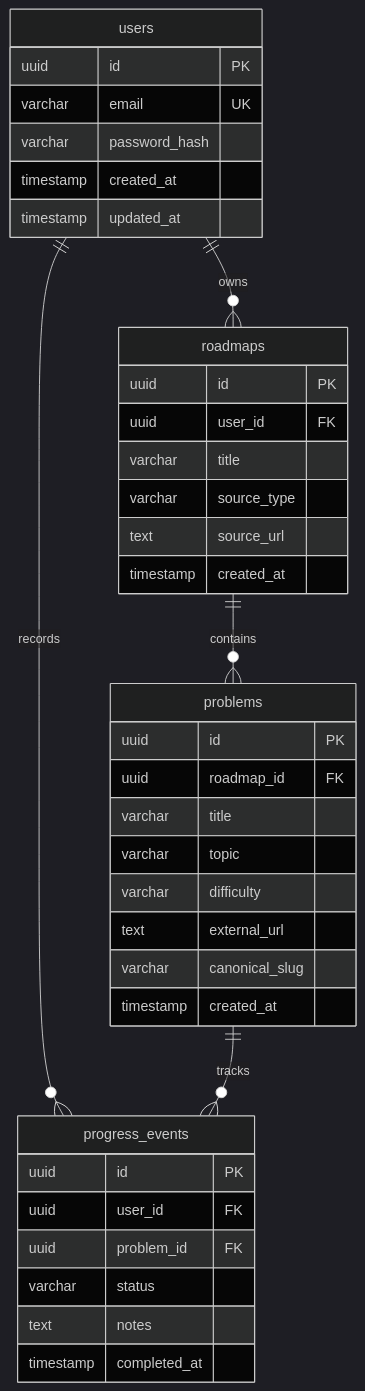
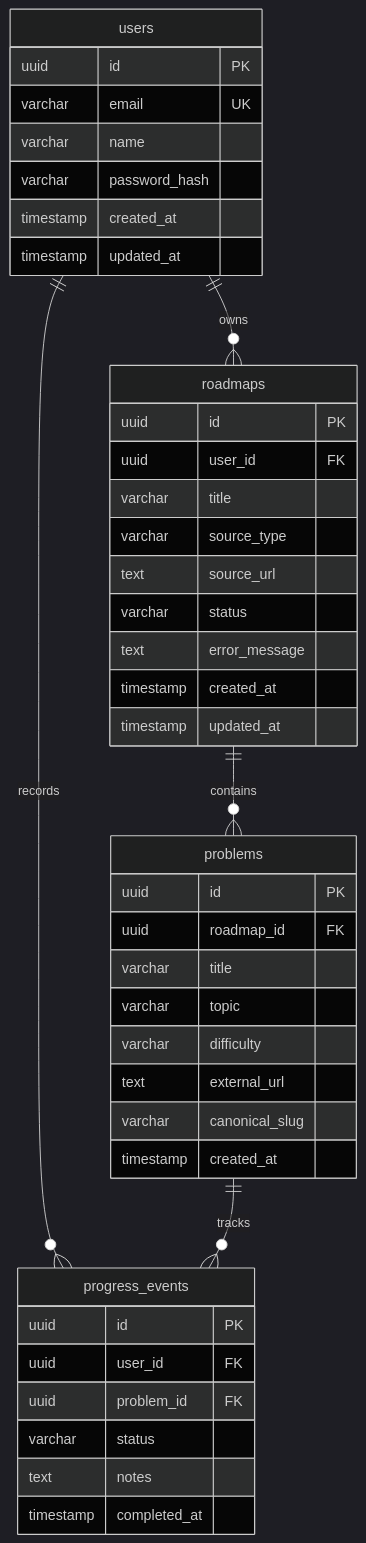
The diagram in docs/architecture/database.md (imshubhamgiri/Career-Map), drawn with Mermaid (dark theme) before and after one commit. The commit also changed other lines of this file and 1 other file, not shown here.

Commit message:
docs(architecture): document database schema updates and Prisma 7 configuration

````diff
--- a/docs/architecture/database.md
+++ b/docs/architecture/database.md
@@ -14,44 +14,48 @@
 ```mermaid
 erDiagram
     users ||--o{ roadmaps : owns
     users ||--o{ progress_events : records
     roadmaps ||--o{ problems : contains
     problems ||--o{ progress_events : tracks
 
     users {
         uuid id PK
         varchar email UK
+        varchar name
         varchar password_hash
         timestamp created_at
         timestamp updated_at
     }
 
     roadmaps {
         uuid id PK
         uuid user_id FK
         varchar title
         varchar source_type
         text source_url
+        varchar status
+        text error_message
         timestamp created_at
+        timestamp updated_at
     }
 
     problems {
         uuid id PK
         uuid roadmap_id FK
         varchar title
         varchar topic
         varchar difficulty
         text external_url
         varchar canonical_slug
         timestamp created_at
     }
 
     progress_events {
         uuid id PK
         uuid user_id FK
         uuid problem_id FK
         varchar status
         text notes
         timestamp completed_at
     }
 ```
````
